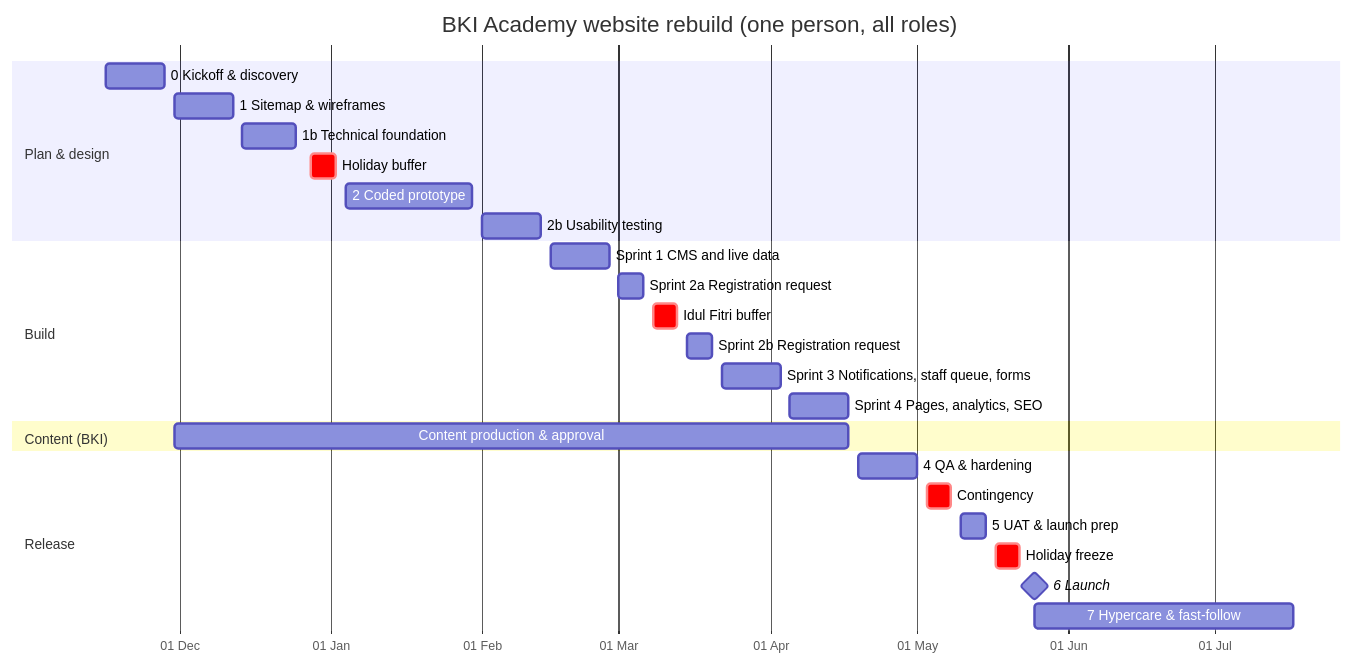
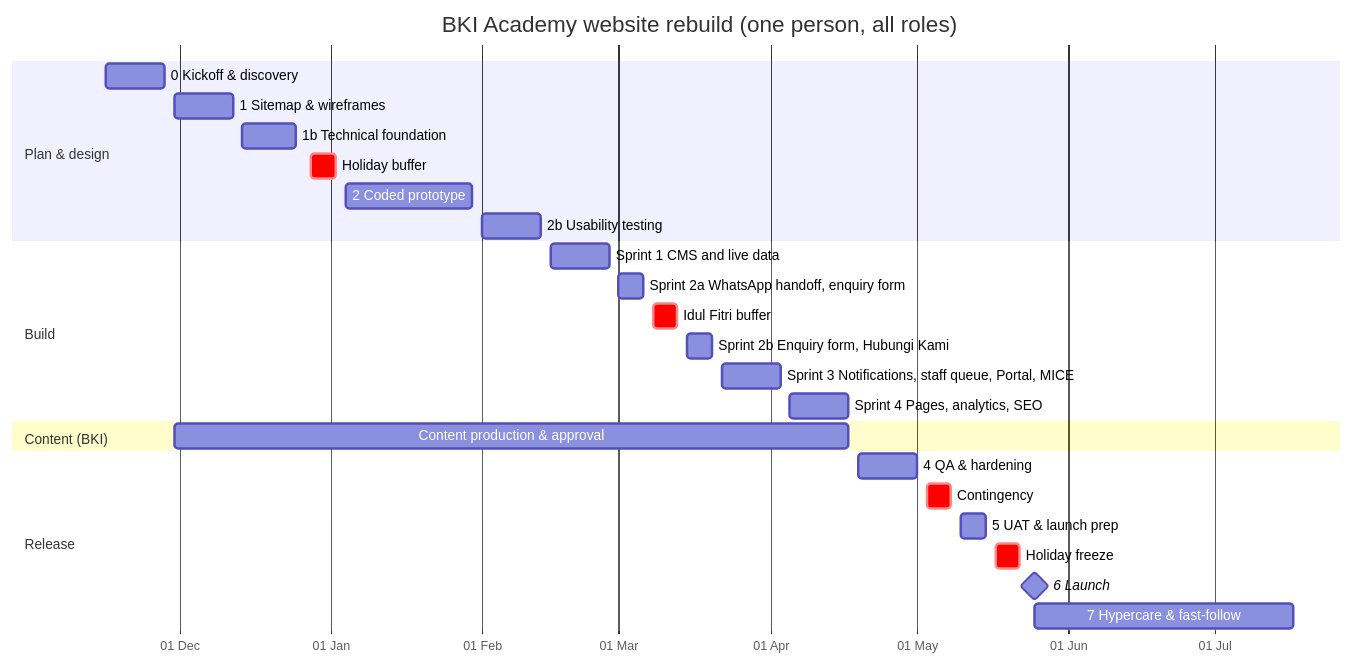
Before and after one commit to dezurzz/acy-web-redesign: the diagram in TIMELINE.md, drawn with Mermaid. The commit also changed other lines of this file and 12 other files, not shown here.

````diff
--- a/TIMELINE.md
+++ b/TIMELINE.md
@@ -52,29 +52,29 @@
 ```mermaid
 gantt
     title BKI Academy website rebuild (one person, all roles)
     dateFormat YYYY-MM-DD
     axisFormat %d %b
     section Plan & design
     0 Kickoff & discovery        :p0, 2026-11-16, 12d
     1 Sitemap & wireframes       :p1, 2026-11-30, 12d
     1b Technical foundation      :p1b, 2026-12-14, 11d
     Holiday buffer               :crit, 2026-12-28, 5d
     2 Coded prototype            :p2, 2027-01-04, 26d
     2b Usability testing         :p2b, 2027-02-01, 12d
     section Build
     Sprint 1 CMS and live data   :s1, 2027-02-15, 12d
-    Sprint 2a Registration request :s2a, 2027-03-01, 5d
+    Sprint 2a WhatsApp handoff, enquiry form :s2a, 2027-03-01, 5d
     Idul Fitri buffer            :crit, 2027-03-08, 5d
-    Sprint 2b Registration request :s2b, 2027-03-15, 5d
-    Sprint 3 Notifications, staff queue, forms :s3, 2027-03-22, 12d
+    Sprint 2b Enquiry form, Hubungi Kami :s2b, 2027-03-15, 5d
+    Sprint 3 Notifications, staff queue, Portal, MICE :s3, 2027-03-22, 12d
     Sprint 4 Pages, analytics, SEO :s4, 2027-04-05, 12d
     section Content (BKI)
     Content production & approval :c, 2026-11-30, 138d
     section Release
     4 QA & hardening             :q, 2027-04-19, 12d
     Contingency                  :crit, 2027-05-03, 5d
     5 UAT & launch prep          :u, 2027-05-10, 5d
     Holiday freeze               :crit, 2027-05-17, 5d
     6 Launch                     :milestone, 2027-05-25, 0d
     7 Hypercare & fast-follow    :h, 2027-05-25, 53d
 ```
````
